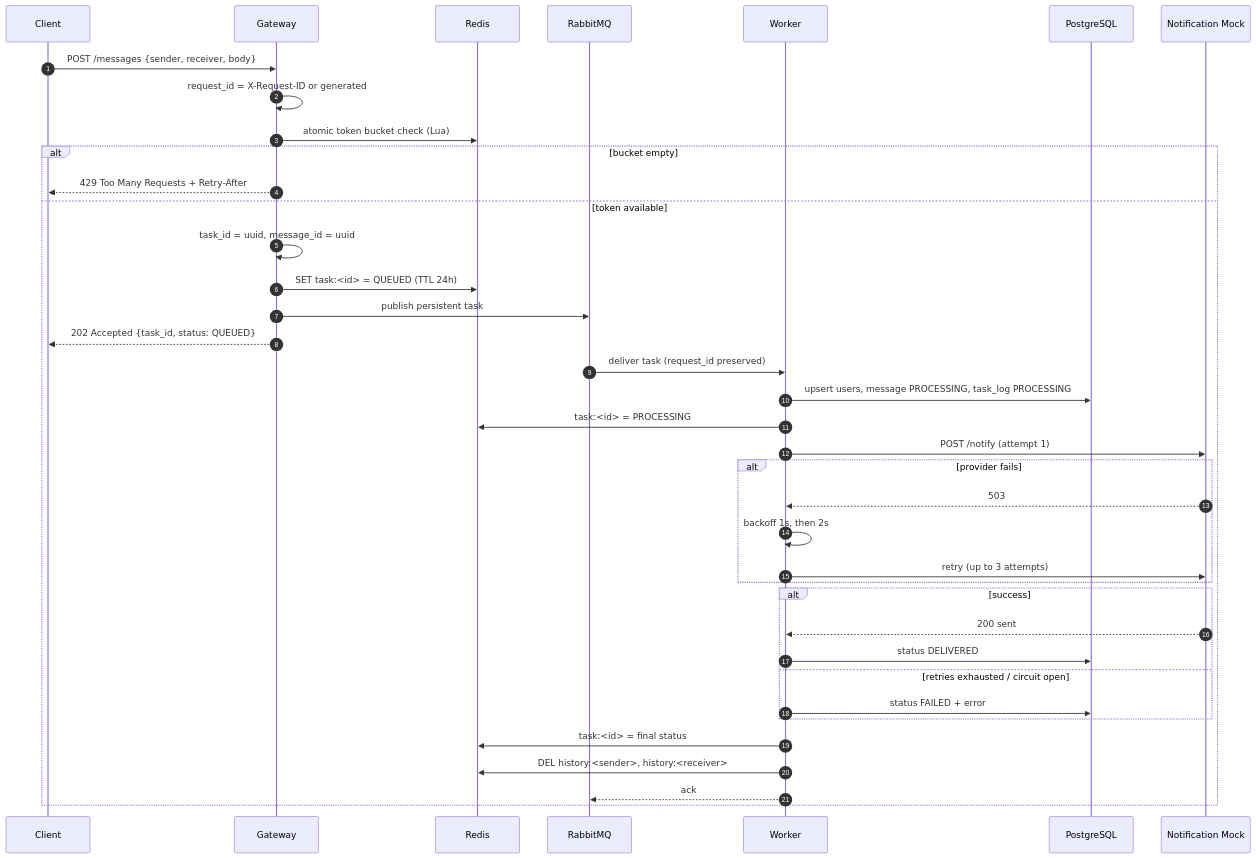
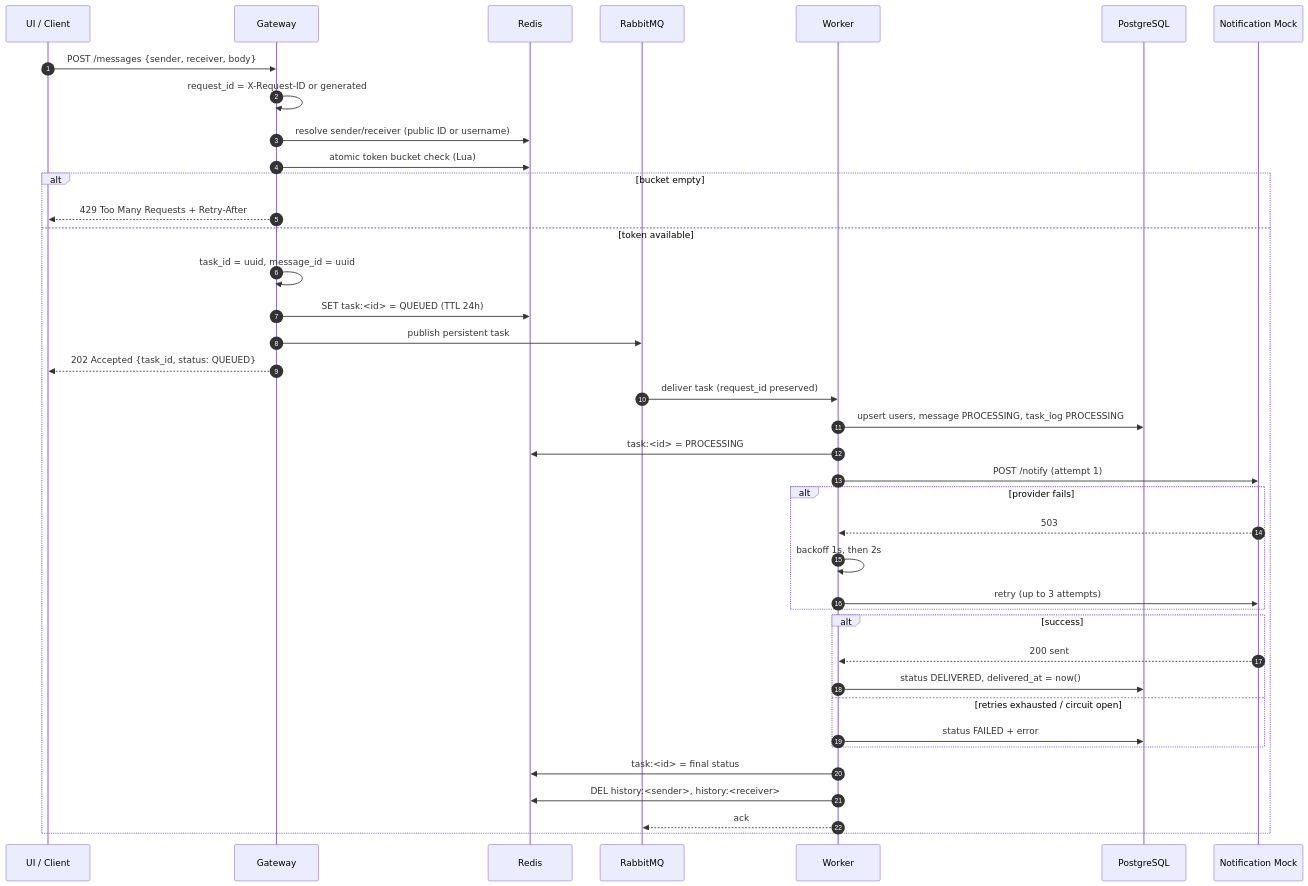
The second of 8 diagrams in docs/architecture.md (matangvirja/Pinghub), drawn with Mermaid before and after one commit. The commit also changed other lines of this file and 16 other files, not shown here.

````diff
--- a/docs/architecture.md
+++ b/docs/architecture.md
@@ -34,41 +60,42 @@
 ```mermaid
 sequenceDiagram
     autonumber
-    participant C as Client
+    participant U as UI / Client
     participant G as Gateway
     participant Redis as Redis
     participant MQ as RabbitMQ
     participant W as Worker
     participant DB as PostgreSQL
     participant N as Notification Mock
 
-    C->>G: POST /messages {sender, receiver, body}
+    U->>G: POST /messages {sender, receiver, body}
     G->>G: request_id = X-Request-ID or generated
+    G->>Redis: resolve sender/receiver (public ID or username)
     G->>Redis: atomic token bucket check (Lua)
     alt bucket empty
-        G-->>C: 429 Too Many Requests + Retry-After
+        G-->>U: 429 Too Many Requests + Retry-After
     else token available
         G->>G: task_id = uuid, message_id = uuid
         G->>Redis: SET task:<id> = QUEUED (TTL 24h)
         G->>MQ: publish persistent task
-        G-->>C: 202 Accepted {task_id, status: QUEUED}
+        G-->>U: 202 Accepted {task_id, status: QUEUED}
         MQ->>W: deliver task (request_id preserved)
         W->>DB: upsert users, message PROCESSING, task_log PROCESSING
         W->>Redis: task:<id> = PROCESSING
         W->>N: POST /notify (attempt 1)
         alt provider fails
             N-->>W: 503
             W->>W: backoff 1s, then 2s
             W->>N: retry (up to 3 attempts)
         end
         alt success
             N-->>W: 200 sent
-            W->>DB: status DELIVERED
+            W->>DB: status DELIVERED, delivered_at = now()
         else retries exhausted / circuit open
             W->>DB: status FAILED + error
         end
         W->>Redis: task:<id> = final status
         W->>Redis: DEL history:<sender>, history:<receiver>
         W-->>MQ: ack
     end
 ```
````
